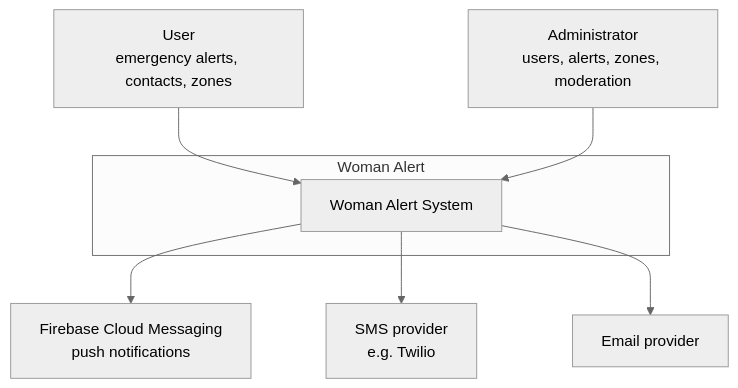
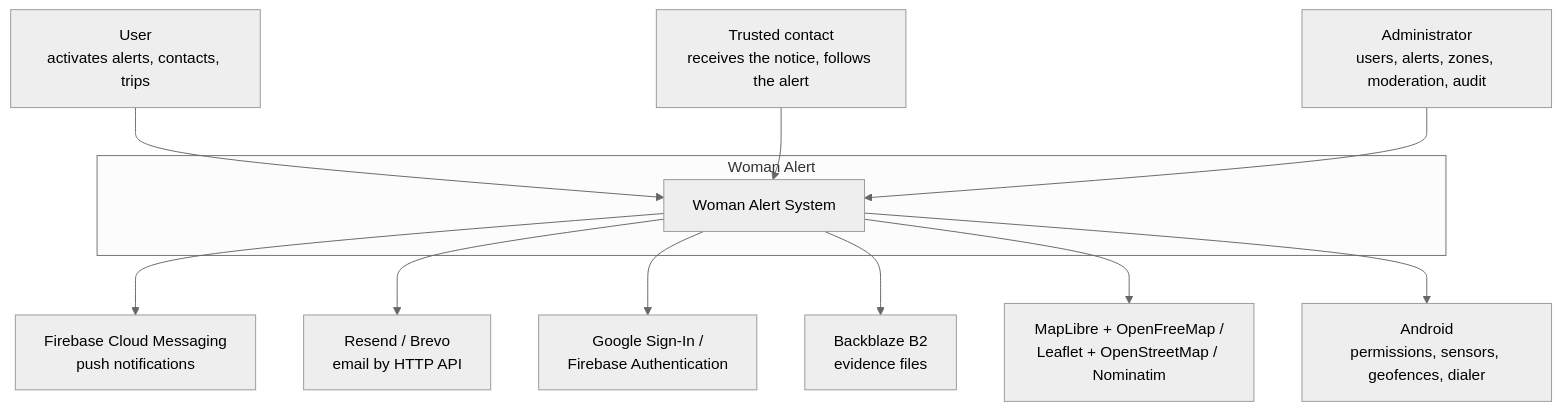
One commit to code-sena/wal-docs changed the first of 2 diagrams in 05-architecture/overview.md. Above: the diagram before and after it, drawn with Mermaid (neutral theme). The commit also changed other lines of this file and 56 other files, not shown here.

````diff
--- a/05-architecture/overview.md
+++ b/05-architecture/overview.md
@@ -17,19 +17,27 @@
 ```mermaid
 graph TB
-  USR[User<br/>emergency alerts, contacts, zones]
-  ADM[Administrator<br/>users, alerts, zones, moderation]
+  USR[User<br/>activates alerts, contacts, trips]
+  CON[Trusted contact<br/>receives the notice, follows the alert]
+  ADM[Administrator<br/>users, alerts, zones, moderation, audit]
 
   subgraph "Woman Alert"
     SYS[Woman Alert System]
   end
 
   FCM[Firebase Cloud Messaging<br/>push notifications]
-  SMS[SMS provider<br/>e.g. Twilio]
-  MAIL[Email provider]
+  MAIL[Resend / Brevo<br/>email by HTTP API]
+  GOO[Google Sign-In /<br/>Firebase Authentication]
+  B2[Backblaze B2<br/>evidence files]
+  MAP[MapLibre + OpenFreeMap /<br/>Leaflet + OpenStreetMap / Nominatim]
+  AND[Android<br/>permissions, sensors, geofences, dialer]
 
   USR --> SYS
+  CON --> SYS
   ADM --> SYS
   SYS --> FCM
-  SYS --> SMS
   SYS --> MAIL
+  SYS --> GOO
+  SYS --> B2
+  SYS --> MAP
+  SYS --> AND
 ```
````
